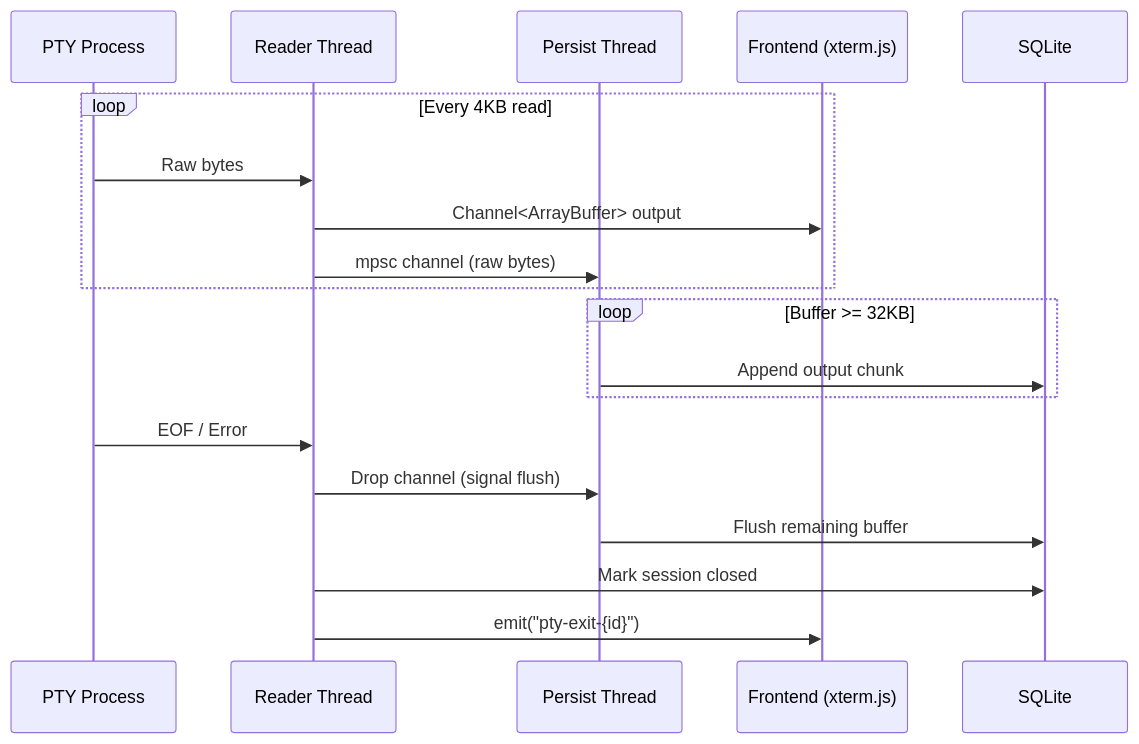
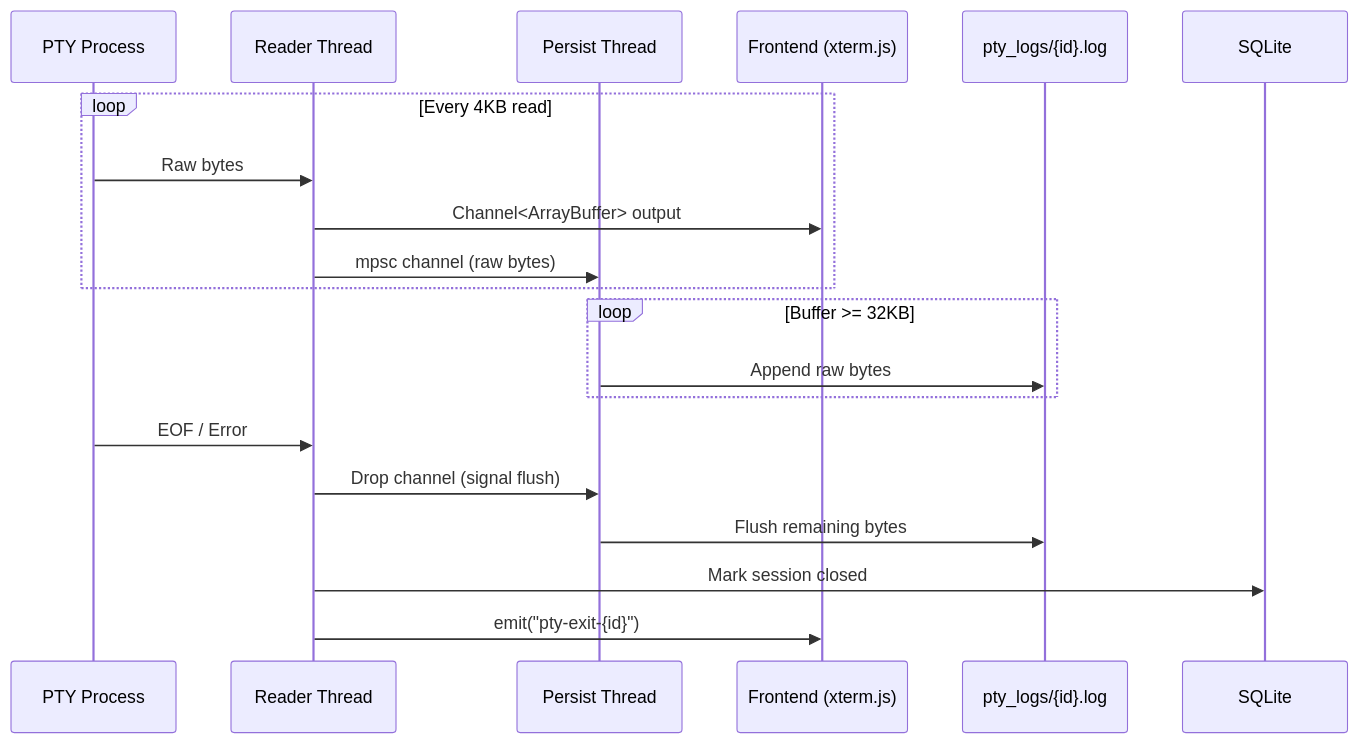
Before and after one commit to AkaraChen/2code: the second of 5 diagrams in docs/data-flow.md, drawn with Mermaid. The commit also changed other lines of this file and 5 other files, not shown here.

Commit message:
docs: align pty storage architecture

````diff
--- a/docs/data-flow.md
+++ b/docs/data-flow.md
@@ -52,24 +49,25 @@
 ```mermaid
 sequenceDiagram
     participant PTY as PTY Process
     participant RT as Reader Thread
     participant PT as Persist Thread
     participant FE as Frontend (xterm.js)
+    participant LF as pty_logs/{id}.log
     participant DB as SQLite
 
     loop Every 4KB read
         PTY->>RT: Raw bytes
         RT->>FE: Channel<ArrayBuffer> output
         RT->>PT: mpsc channel (raw bytes)
     end
 
     loop Buffer >= 32KB
-        PT->>DB: Append output chunk
+        PT->>LF: Append raw bytes
     end
 
     PTY->>RT: EOF / Error
     RT->>PT: Drop channel (signal flush)
-    PT->>DB: Flush remaining buffer
+    PT->>LF: Flush remaining bytes
     RT->>DB: Mark session closed
     RT->>FE: emit("pty-exit-{id}")
 ```
````
